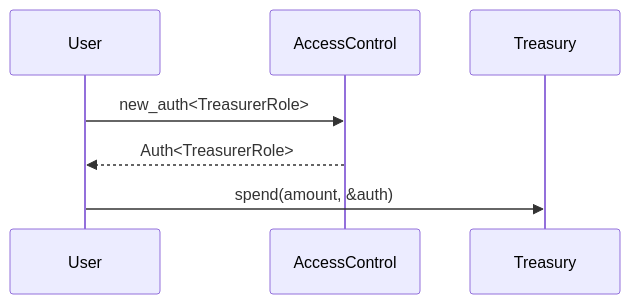
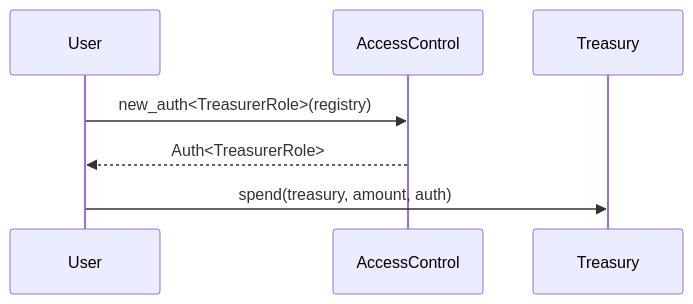
The fourth of 8 diagrams in content/contracts-sui/1.x/guides/access-control.mdx (OpenZeppelin/docs), drawn with Mermaid before and after one commit. The commit also changed other lines of this file and 1 other file, not shown here.

````diff
--- a/content/contracts-sui/1.x/guides/access-control.mdx
+++ b/content/contracts-sui/1.x/guides/access-control.mdx
@@ -276,9 +266,9 @@
 ```mermaid
 sequenceDiagram
     participant User
     participant Registry as AccessControl
     participant Treasury
-    User->>Registry: new_auth<TreasurerRole>
+    User->>Registry: new_auth<TreasurerRole>(registry)
     Registry-->>User: Auth<TreasurerRole>
-    User->>Treasury: spend(amount, &auth)
+    User->>Treasury: spend(treasury, amount, auth)
 ```
````
